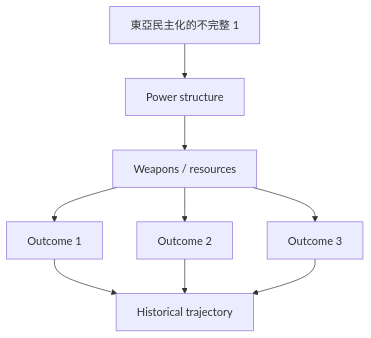
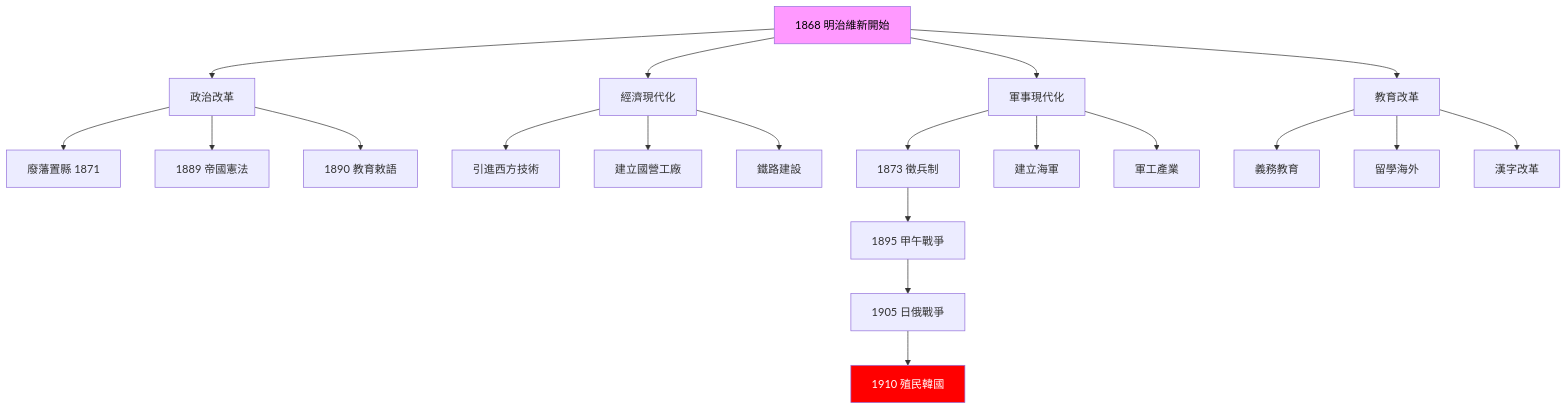
The second of 10 diagrams in 01_HKU_Courses/HIST1023_Modern_East_Asia.md (yip-lgtm/HKU-Harvard-History-Self-Study), drawn with Mermaid before and after one commit. The commit also changed other lines of this file and 48 other files, not shown here.

````diff
--- a/01_HKU_Courses/HIST1023_Modern_East_Asia.md
+++ b/01_HKU_Courses/HIST1023_Modern_East_Asia.md
@@ -267,11 +210,30 @@
 ```mermaid
-graph TD
-    A[東亞民主化的不完整 1] --> B[Power structure]
-    B --> C[Weapons / resources]
-    C --> D[Outcome 1]
-    C --> E[Outcome 2]
-    C --> F[Outcome 3]
-    D --> G[Historical trajectory]
-    E --> G
-    F --> G
+flowchart TD
+    A[1868 明治維新開始] --> B[政治改革]
+    A --> C[經濟現代化]
+    A --> D[軍事現代化]
+    A --> E[教育改革]
+    
+    B --> B1[廢藩置縣 1871]
+    B --> B2[1889 帝國憲法]
+    B --> B3[1890 教育敕語]
+    
+    C --> C1[引進西方技術]
+    C --> C2[建立國營工廠]
+    C --> C3[鐵路建設]
+    
+    D --> D1[1873 徵兵制]
+    D --> D2[建立海軍]
+    D --> D3[軍工產業]
+    
+    E --> E1[義務教育]
+    E --> E2[留學海外]
+    E --> E3[漢字改革]
+    
+    D1 --> F[1895 甲午戰爭]
+    F --> G[1905 日俄戰爭]
+    G --> H[1910 殖民韓國]
+    
+    style A fill:#f9f,color:#000
+    style H fill:#f00,color:#fff
 ```
````
